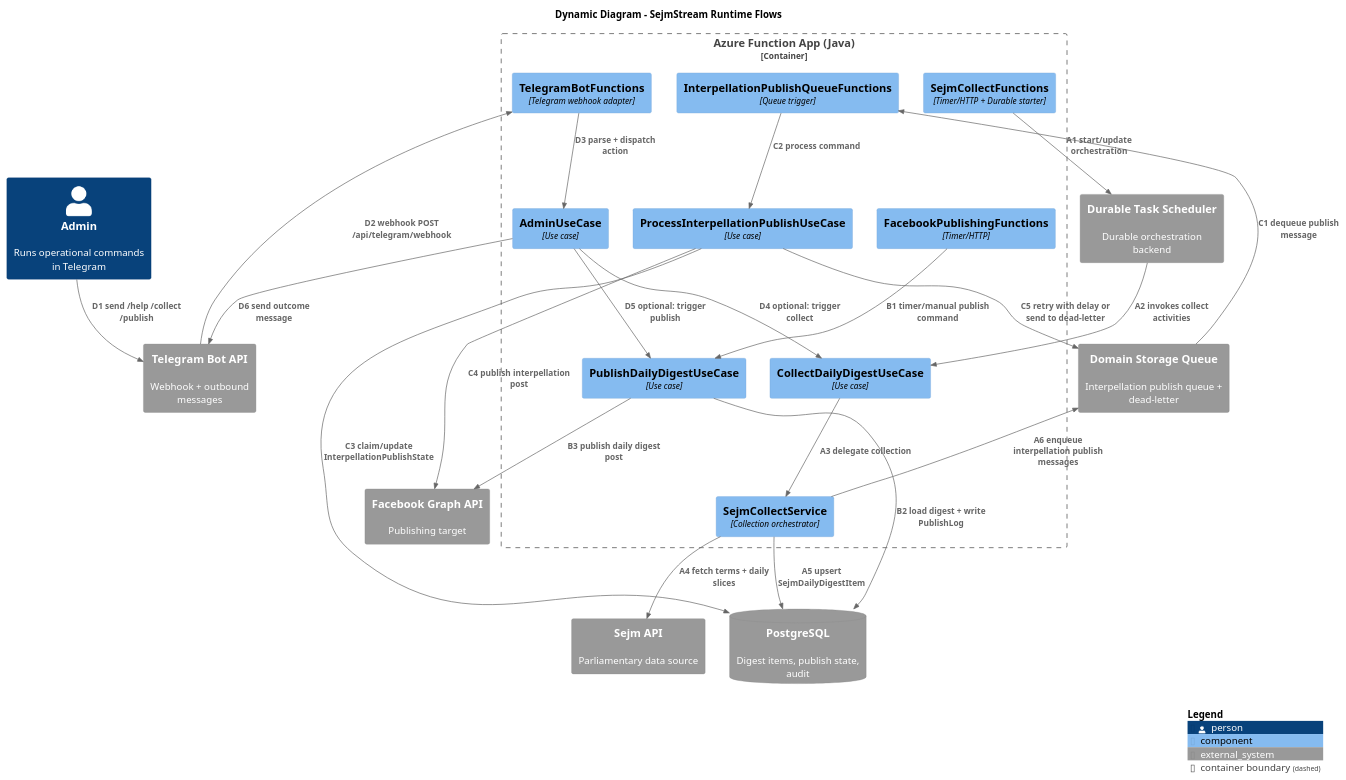
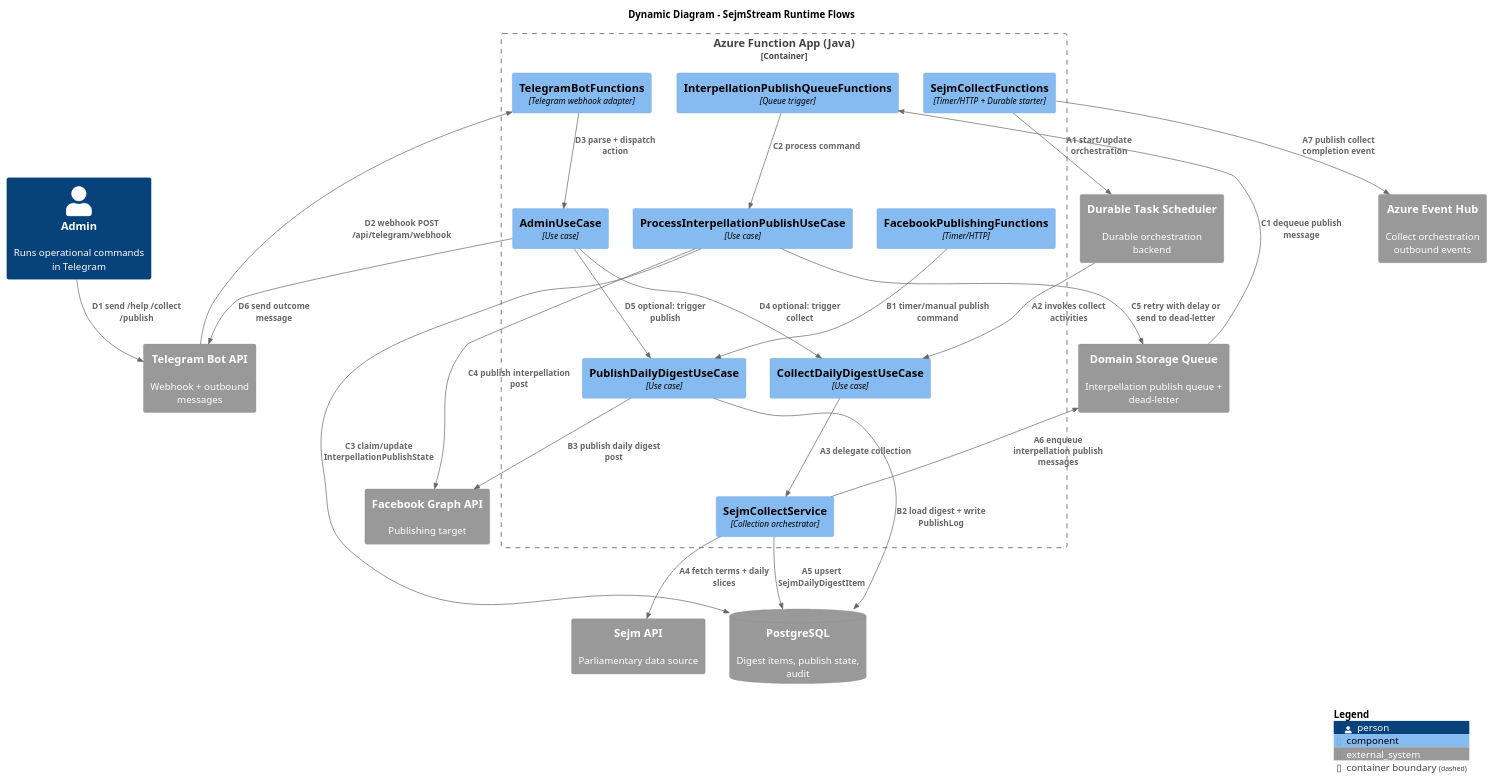
One commit to onlexnet/sejmstream changed the diagram in docs/c4/c4-dynamic-runtime.puml. Above: the diagram before and after it, drawn with PlantUML. The commit also changed 20 other files, not shown here.

First line of the commit message:
feat: Add CollectOrchestratorEvent and publisher interface for event handling

```diff
--- a/docs/c4/c4-dynamic-runtime.puml
+++ b/docs/c4/c4-dynamic-runtime.puml
@@ -1,59 +1,61 @@
 @startuml C4_Dynamic_Runtime
 !include https://raw.githubusercontent.com/plantuml-stdlib/C4-PlantUML/master/C4_Component.puml
 
 title Dynamic Diagram - SejmStream Runtime Flows
 
 Person(admin, "Admin", "Runs operational commands in Telegram")
 
 System_Ext(sejm_api, "Sejm API", "Parliamentary data source")
 System_Ext(facebook, "Facebook Graph API", "Publishing target")
 System_Ext(telegram_api, "Telegram Bot API", "Webhook + outbound messages")
 SystemDb_Ext(postgres, "PostgreSQL", "Digest items, publish state, audit")
 System_Ext(domain_storage, "Domain Storage Queue", "Interpellation publish queue + dead-letter")
 System_Ext(durable_scheduler, "Durable Task Scheduler", "Durable orchestration backend")
+System_Ext(collect_event_hub, "Azure Event Hub", "Collect orchestration outbound events")
 
 Container_Boundary(func_app, "Azure Function App (Java)") {
   Component(collect_in, "SejmCollectFunctions", "Timer/HTTP + Durable starter")
   Component(collect_uc, "CollectDailyDigestUseCase", "Use case")
   Component(collect_ops, "SejmCollectService", "Collection orchestrator")
 
   Component(publish_in, "FacebookPublishingFunctions", "Timer/HTTP")
   Component(publish_uc, "PublishDailyDigestUseCase", "Use case")
 
   Component(queue_in, "InterpellationPublishQueueFunctions", "Queue trigger")
   Component(queue_uc, "ProcessInterpellationPublishUseCase", "Use case")
 
   Component(admin_in, "TelegramBotFunctions", "Telegram webhook adapter")
   Component(admin_uc, "AdminUseCase", "Use case")
 }
 
 ' A) Hourly collect flow
 Rel(collect_in, durable_scheduler, "A1 start/update orchestration")
 Rel(durable_scheduler, collect_uc, "A2 invokes collect activities")
 Rel(collect_uc, collect_ops, "A3 delegate collection")
 Rel(collect_ops, sejm_api, "A4 fetch terms + daily slices")
 Rel(collect_ops, postgres, "A5 upsert SejmDailyDigestItem")
 Rel(collect_ops, domain_storage, "A6 enqueue interpellation publish messages")
+Rel(collect_in, collect_event_hub, "A7 publish collect completion event")
 
 ' B) Daily publish flow
 Rel(publish_in, publish_uc, "B1 timer/manual publish command")
 Rel(publish_uc, postgres, "B2 load digest + write PublishLog")
 Rel(publish_uc, facebook, "B3 publish daily digest post")
 
 ' C) Queue retry/dead-letter flow
 Rel(domain_storage, queue_in, "C1 dequeue publish message")
 Rel(queue_in, queue_uc, "C2 process command")
 Rel(queue_uc, postgres, "C3 claim/update InterpellationPublishState")
 Rel(queue_uc, facebook, "C4 publish interpellation post")
 Rel(queue_uc, domain_storage, "C5 retry with delay or send to dead-letter")
 
 ' D) Admin Telegram flow
 Rel(admin, telegram_api, "D1 send /help /collect /publish")
 Rel(telegram_api, admin_in, "D2 webhook POST /api/telegram/webhook")
 Rel(admin_in, admin_uc, "D3 parse + dispatch action")
 Rel(admin_uc, collect_uc, "D4 optional: trigger collect")
 Rel(admin_uc, publish_uc, "D5 optional: trigger publish")
 Rel(admin_uc, telegram_api, "D6 send outcome message")
 
 SHOW_LEGEND()
 @enduml
```
